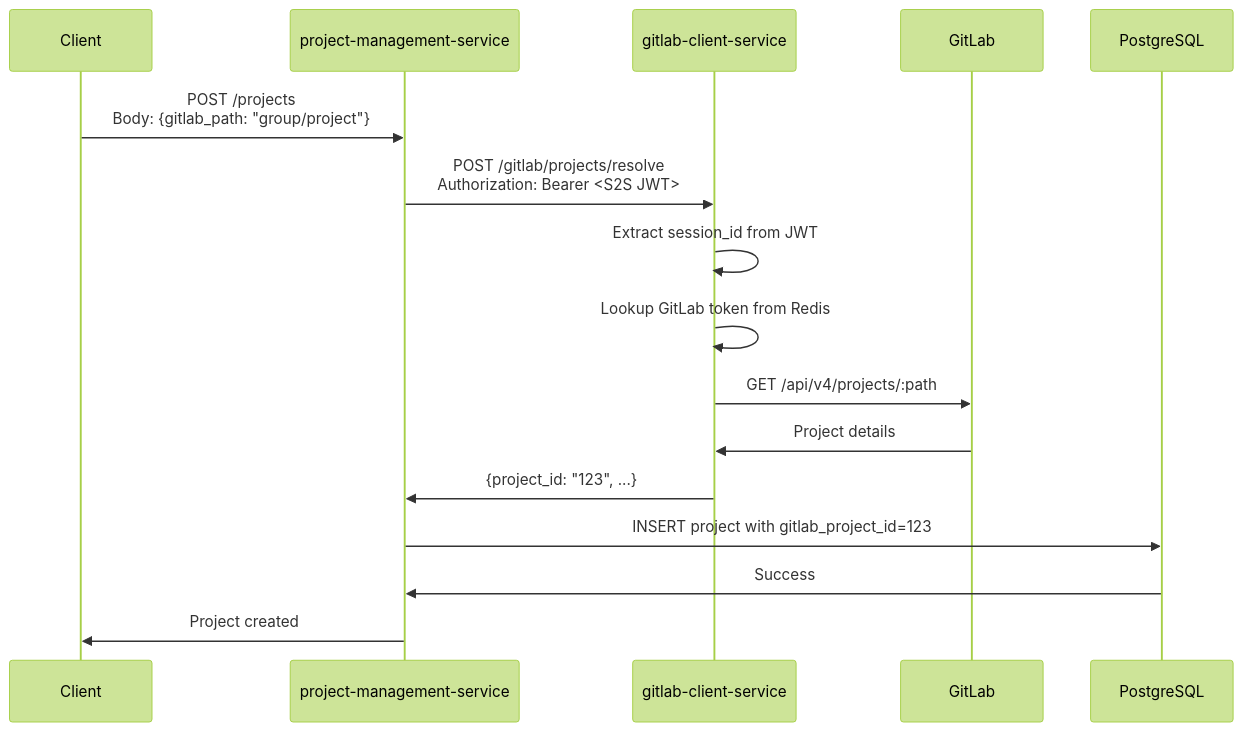
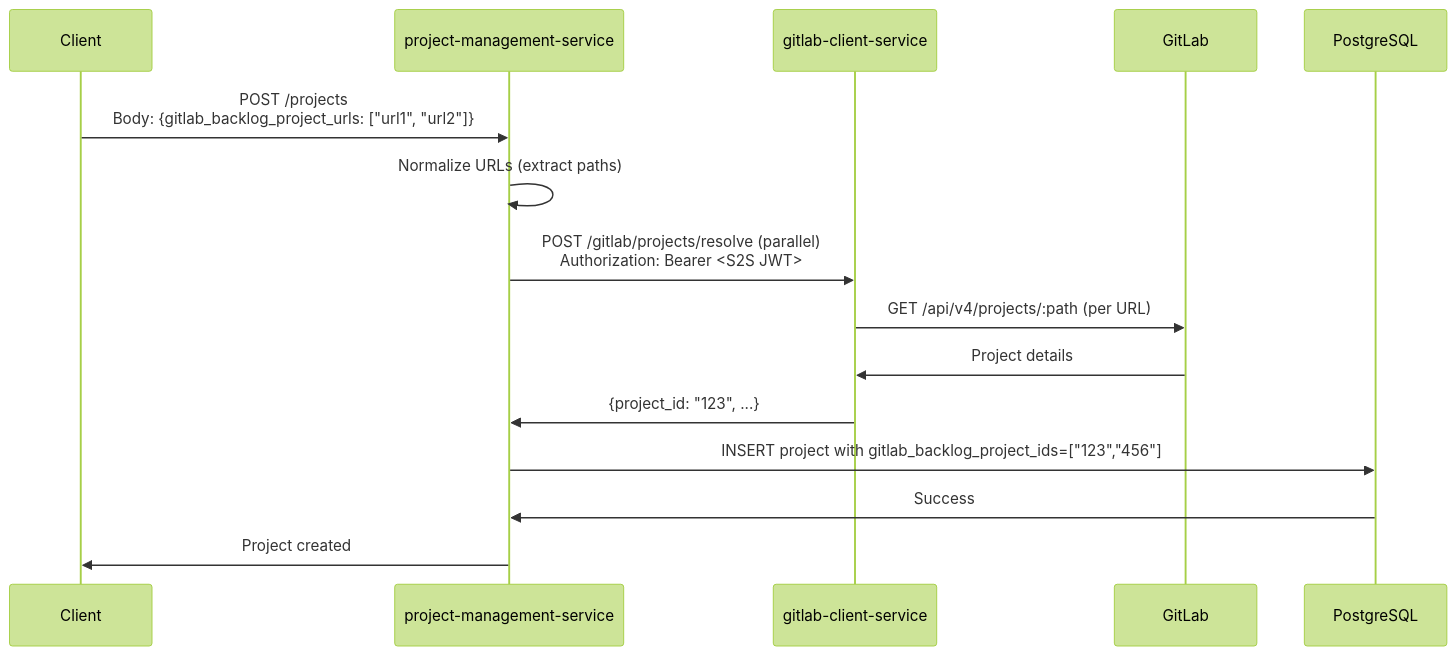
Before and after one commit to vladavilov/playground: the diagram in git-epic-creator/services/project_management_service/README.md, drawn with Mermaid (forest theme). The commit also changed other lines of this file and 48 other files, not shown here.

````diff
--- a/git-epic-creator/services/project_management_service/README.md
+++ b/git-epic-creator/services/project_management_service/README.md
@@ -37,19 +55,18 @@
 ```mermaid
 sequenceDiagram
     participant Client
     participant PMS as project-management-service
     participant GCS as gitlab-client-service
     participant GitLab
     participant DB as PostgreSQL
 
-    Client->>PMS: POST /projects<br/>Body: {gitlab_path: "group/project"}
-    PMS->>GCS: POST /gitlab/projects/resolve<br/>Authorization: Bearer <S2S JWT>
-    GCS->>GCS: Extract session_id from JWT
-    GCS->>GCS: Lookup GitLab token from Redis
-    GCS->>GitLab: GET /api/v4/projects/:path
+    Client->>PMS: POST /projects<br/>Body: {gitlab_backlog_project_urls: ["url1", "url2"]}
+    PMS->>PMS: Normalize URLs (extract paths)
+    PMS->>GCS: POST /gitlab/projects/resolve (parallel)<br/>Authorization: Bearer <S2S JWT>
+    GCS->>GitLab: GET /api/v4/projects/:path (per URL)
     GitLab->>GCS: Project details
     GCS->>PMS: {project_id: "123", ...}
-    PMS->>DB: INSERT project with gitlab_project_id=123
+    PMS->>DB: INSERT project with gitlab_backlog_project_ids=["123","456"]
     DB->>PMS: Success
     PMS->>Client: Project created
 ```
````
